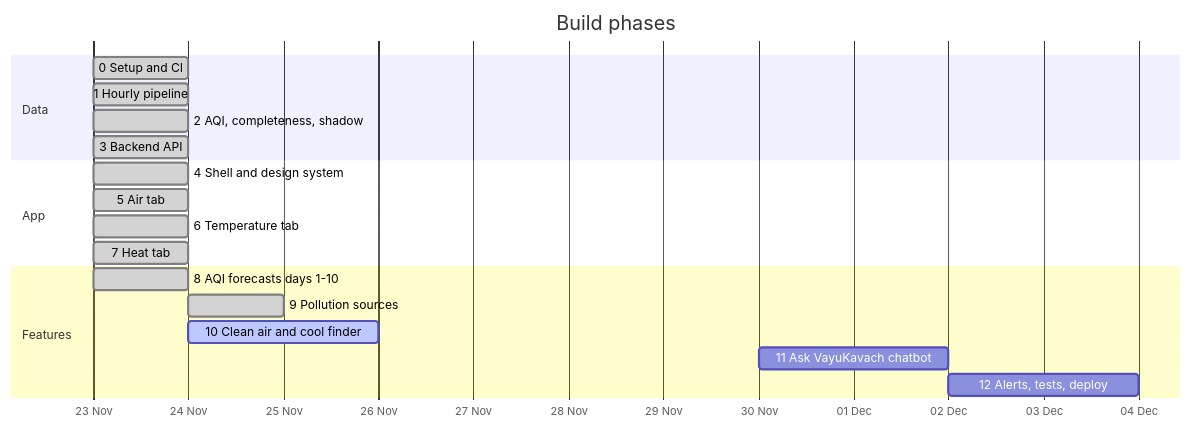
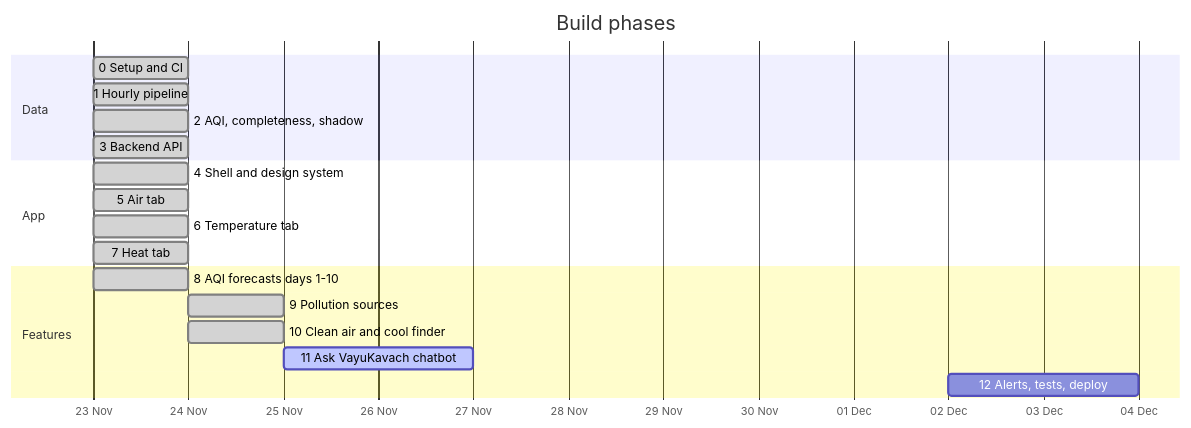
One commit to tanaygit0530/Vayukavach changed the seventh of 7 diagrams in README.md. Above: the diagram before and after it, drawn with Mermaid. The commit also changed other lines of this file and 18 other files, not shown here.

Commit message:
Phase 10: Clean Air and Cool Places Finder (/finder ranked by measured AQI + outlook or comfort, hill stations, OSRM routes, official precautions, Finder page with map and navigation)

````diff
--- a/README.md
+++ b/README.md
@@ -325,22 +331,22 @@
 ```mermaid
 gantt
   title Build phases
   dateFormat YYYY-MM-DD
   axisFormat %d %b
   section Data
   0 Setup and CI                 :done, 2026-11-23, 1d
   1 Hourly pipeline              :done, 2026-11-23, 1d
   2 AQI, completeness, shadow    :done, 2026-11-23, 1d
   3 Backend API                  :done, 2026-11-23, 1d
   section App
   4 Shell and design system      :done, 2026-11-23, 1d
   5 Air tab                      :done, 2026-11-23, 1d
   6 Temperature tab              :done, 2026-11-23, 1d
   7 Heat tab                     :done, 2026-11-23, 1d
   section Features
   8 AQI forecasts days 1-10      :done, 2026-11-23, 1d
   9 Pollution sources            :done, 2026-11-24, 1d
-  10 Clean air and cool finder   :active, 2026-11-24, 2d
-  11 Ask VayuKavach chatbot      :2026-11-30, 2d
+  10 Clean air and cool finder   :done, 2026-11-24, 1d
+  11 Ask VayuKavach chatbot      :active, 2026-11-25, 2d
   12 Alerts, tests, deploy       :2026-12-02, 2d
 ```
````
